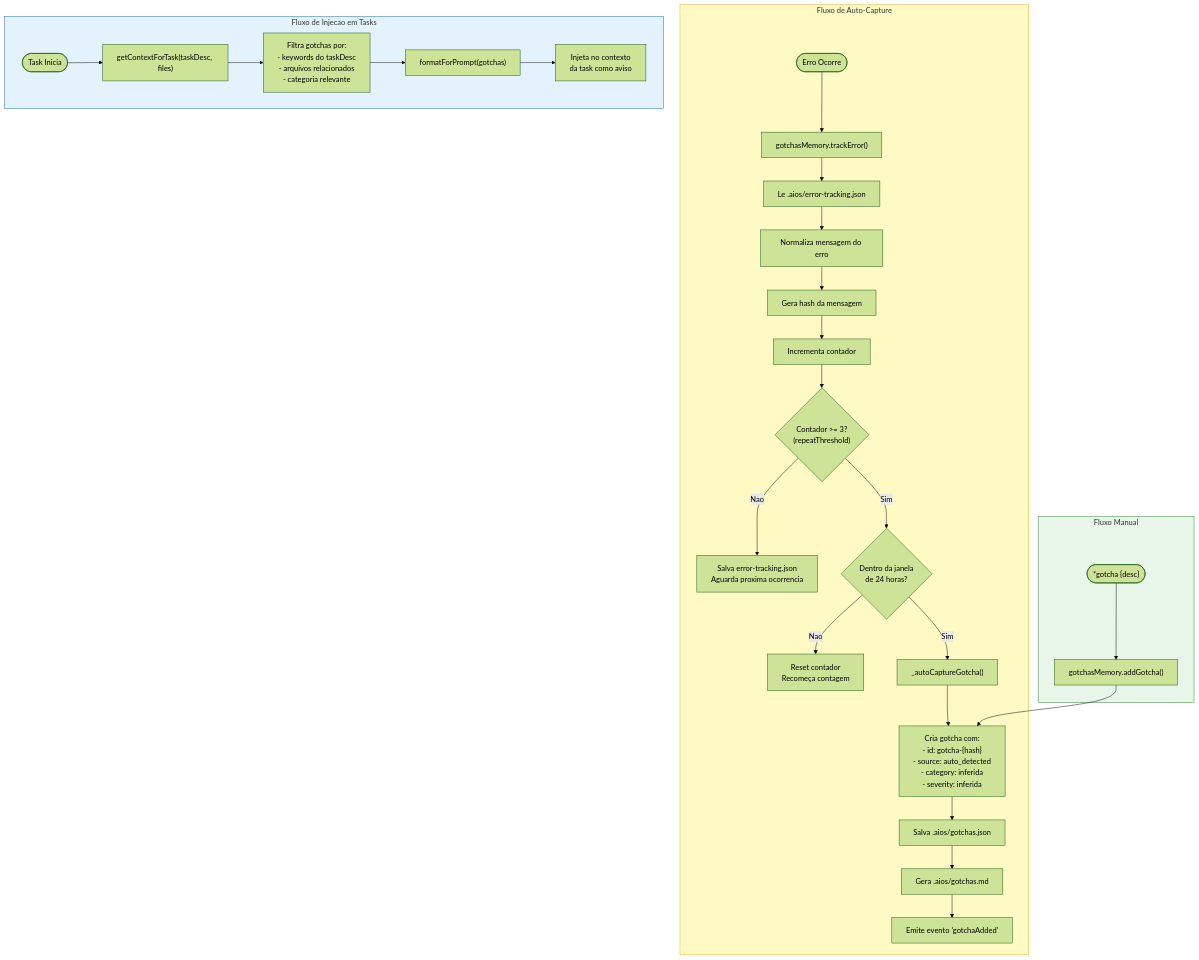
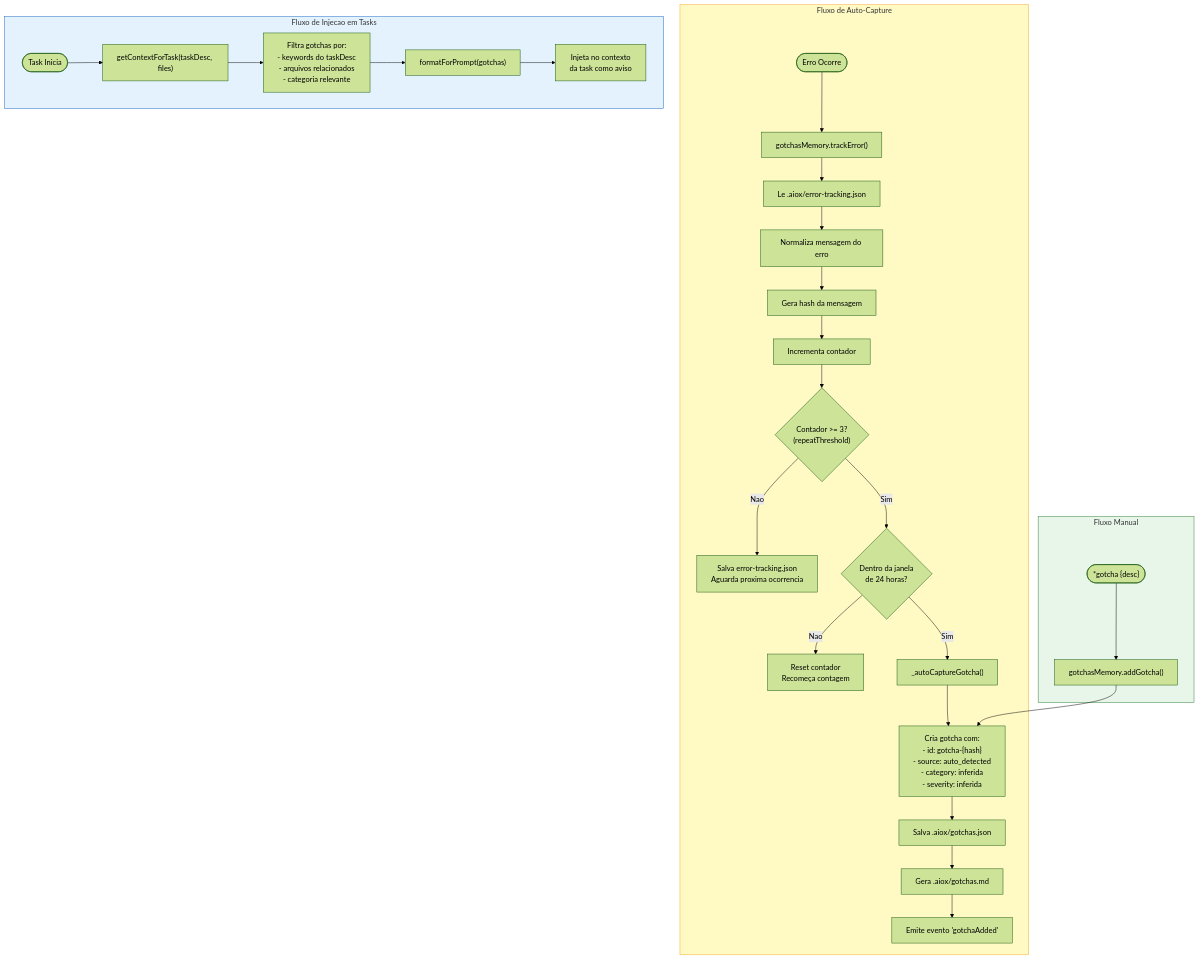
Diagram 13 of 18 in docs/guides/MEMORY-SYSTEM.md (brunajunckes/aiox-core), drawn with Mermaid (forest theme) before and after one commit. The commit also changed other lines of this file and 3396 other files, not shown here.

First line of the commit message:
chore: rebrand aios → aiox across entire codebase (#552)

````diff
--- a/docs/guides/MEMORY-SYSTEM.md
+++ b/docs/guides/MEMORY-SYSTEM.md
@@ -597,39 +597,39 @@
 ```mermaid
 flowchart TD
     subgraph ERROR_FLOW["Fluxo de Auto-Capture"]
         ERR([Erro Ocorre]) --> TRACK["gotchasMemory.trackError()"]
-        TRACK --> READ_ET["Le .aios/error-tracking.json"]
+        TRACK --> READ_ET["Le .aiox/error-tracking.json"]
         READ_ET --> NORMALIZE["Normaliza mensagem do erro"]
         NORMALIZE --> HASH["Gera hash da mensagem"]
         HASH --> INCREMENT["Incrementa contador"]
         INCREMENT --> CHECK{"Contador >= 3?<br/>(repeatThreshold)"}
 
         CHECK -->|"Nao"| SAVE_ET["Salva error-tracking.json<br/>Aguarda proxima ocorrencia"]
         CHECK -->|"Sim"| WINDOW{"Dentro da janela<br/>de 24 horas?"}
 
         WINDOW -->|"Nao"| RESET["Reset contador<br/>Recomeça contagem"]
         WINDOW -->|"Sim"| AUTO_CAPTURE["_autoCaptureGotcha()"]
 
         AUTO_CAPTURE --> CREATE["Cria gotcha com:<br/>- id: gotcha-{hash}<br/>- source: auto_detected<br/>- category: inferida<br/>- severity: inferida"]
 
-        CREATE --> SAVE_JSON["Salva .aios/gotchas.json"]
-        SAVE_JSON --> SAVE_MD["Gera .aios/gotchas.md"]
+        CREATE --> SAVE_JSON["Salva .aiox/gotchas.json"]
+        SAVE_JSON --> SAVE_MD["Gera .aiox/gotchas.md"]
         SAVE_MD --> EMIT["Emite evento 'gotchaAdded'"]
     end
 
     subgraph MANUAL_FLOW["Fluxo Manual"]
         CMD(["*gotcha {desc}"]) --> ADD["gotchasMemory.addGotcha()"]
         ADD --> CREATE
     end
 
     subgraph INJECTION_FLOW["Fluxo de Injecao em Tasks"]
         TASK([Task Inicia]) --> QUERY["getContextForTask(taskDesc, files)"]
         QUERY --> MATCH["Filtra gotchas por:<br/>- keywords do taskDesc<br/>- arquivos relacionados<br/>- categoria relevante"]
         MATCH --> FORMAT["formatForPrompt(gotchas)"]
         FORMAT --> INJECT["Injeta no contexto<br/>da task como aviso"]
     end
 
     style ERROR_FLOW fill:#FFF9C4,stroke:#F9A825
     style MANUAL_FLOW fill:#E8F5E9,stroke:#2E7D32
     style INJECTION_FLOW fill:#E3F2FD,stroke:#1565C0
 ```
````
